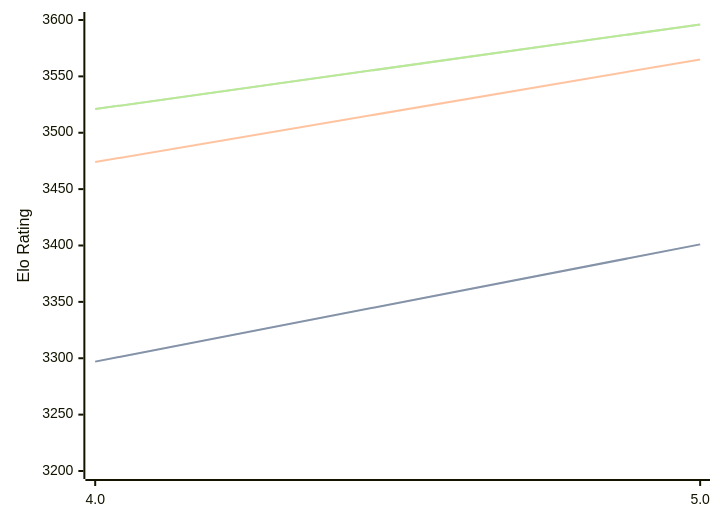
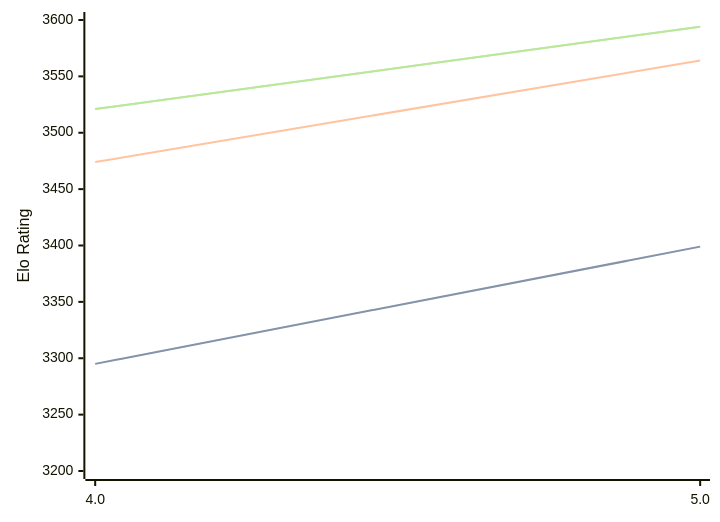
The diagram in engines/Tarnished.md (computer-chess-index/cci), drawn with Mermaid before and after one commit. The commit also changed other lines of this file, not shown here.

Commit message:
Update CCI Ratings (ELO VLTC) - 2026-03-07

````diff
--- a/engines/Tarnished.md
+++ b/engines/Tarnished.md
@@ -34,11 +34,11 @@
 ```mermaid
 %%{init: {"theme":"base","themeVariables":{"seriesColors:['#a3a3a3','#222221','#faa371']}}}%%
 xychart-beta
   x-axis ["4.0", "5.0"]
   y-axis "Elo Rating" 3200 --> 3600
-  line "STC (8.0+0.08s)" [3297, 3401]
-  line "STC (8.0+0.08s)" [3297, 3401]
-  line "LTC (60.0+0.60s)" [3474, 3565]
-  line "VLTC (2m24s+1.12s)" [3521, 3596]
-  line "VLTC (2m24s+1.12s)" [3521, 3596]
+  line "STC (8.0+0.08s)" [3295, 3399]
+  line "STC (8.0+0.08s)" [3295, 3399]
+  line "LTC (60.0+0.60s)" [3474, 3564]
+  line "VLTC (2m24s+1.12s)" [3521, 3594]
+  line "VLTC (2m24s+1.12s)" [3521, 3594]
 ```
````
